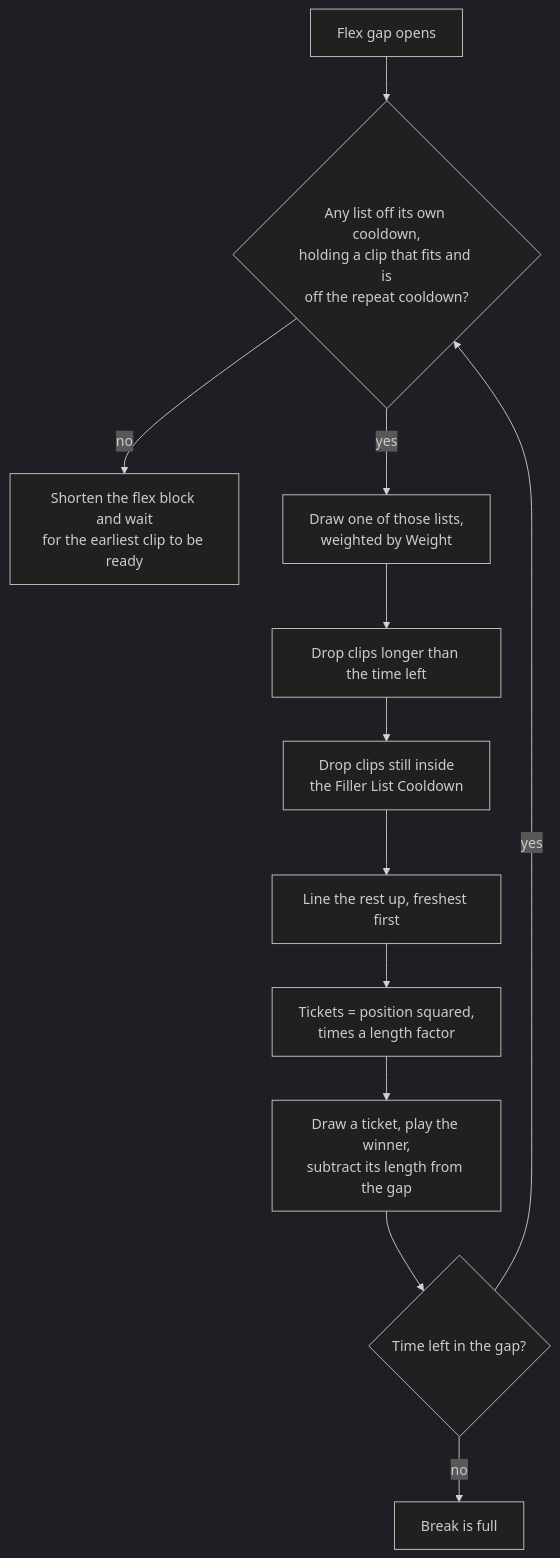
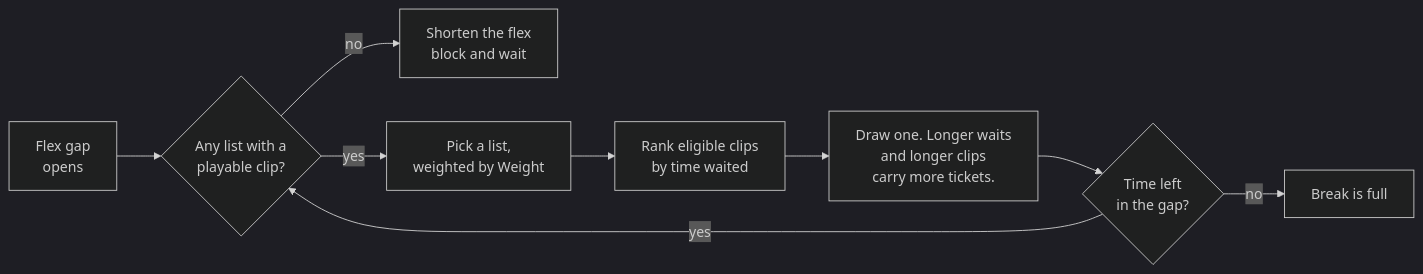
Before and after one commit to chrisbenincasa/tunarr: the diagram in docs/configure/library/filler-selection.md, drawn with Mermaid (dark theme).

Commit message:
docs(filler): lay the flowchart out left to right
Top-down rendered 646x1255, so the diagram scrolled off the page and
buried the loop back to the top. Left to right fits the content column
at 784x152 and keeps the repeat arrow visible under the main chain.

````diff
--- a/docs/configure/library/filler-selection.md
+++ b/docs/configure/library/filler-selection.md
@@ -20,14 +20,11 @@
 ```mermaid
-flowchart TD
-    A["Flex gap opens"] --> B{"Any list off its own cooldown,<br>holding a clip that fits and is<br>off the repeat cooldown?"}
-    B -- no --> W["Shorten the flex block and wait<br>for the earliest clip to be ready"]
-    B -- yes --> D["Draw one of those lists,<br>weighted by Weight"]
-    D --> E["Drop clips longer than the time left"]
-    E --> F["Drop clips still inside<br>the Filler List Cooldown"]
-    F --> G["Line the rest up, freshest first"]
-    G --> H["Tickets = position squared,<br>times a length factor"]
-    H --> I["Draw a ticket, play the winner,<br>subtract its length from the gap"]
-    I --> J{"Time left in the gap?"}
-    J -- yes --> B
-    J -- no --> K["Break is full"]
+flowchart LR
+    A["Flex gap<br>opens"] --> B{"Any list with a<br>playable clip?"}
+    B -- no --> W["Shorten the flex<br>block and wait"]
+    B -- yes --> C["Pick a list,<br>weighted by Weight"]
+    C --> D["Rank eligible clips<br>by time waited"]
+    D --> E["Draw one. Longer waits<br>and longer clips<br>carry more tickets."]
+    E --> F{"Time left<br>in the gap?"}
+    F -- yes --> B
+    F -- no --> G["Break is full"]
 ```
````
